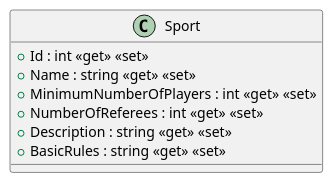
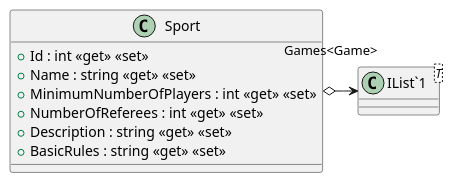
Before and after one commit to ISII2627Erasmus/Barca: the diagram in src/AppForSEII.API/ClassDiagram/Sport.puml, drawn with PlantUML. The commit also changed 14 other files, not shown here.

Commit message:
Modify PurchaseStatus class and add class diagram files

```diff
--- a/src/AppForSEII.API/ClassDiagram/Sport.puml
+++ b/src/AppForSEII.API/ClassDiagram/Sport.puml
@@ -1,10 +1,13 @@
-@startuml Sport
+@startuml
 class Sport {
     + Id : int <<get>> <<set>>
     + Name : string <<get>> <<set>>
     + MinimumNumberOfPlayers : int <<get>> <<set>>
     + NumberOfReferees : int <<get>> <<set>>
     + Description : string <<get>> <<set>>
     + BasicRules : string <<get>> <<set>>
 }
+class "IList`1"<T> {
+}
+Sport o-> "Games<Game>" "IList`1"
 @enduml
```
